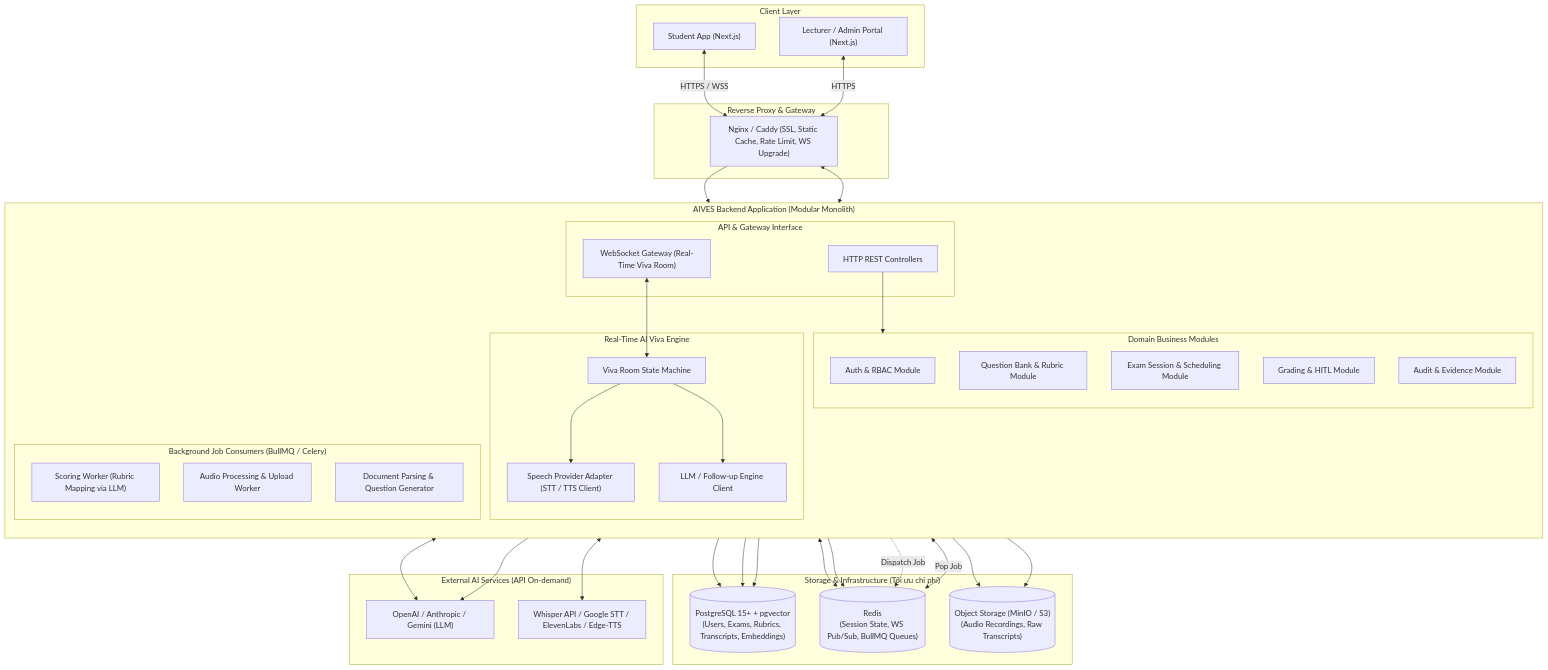
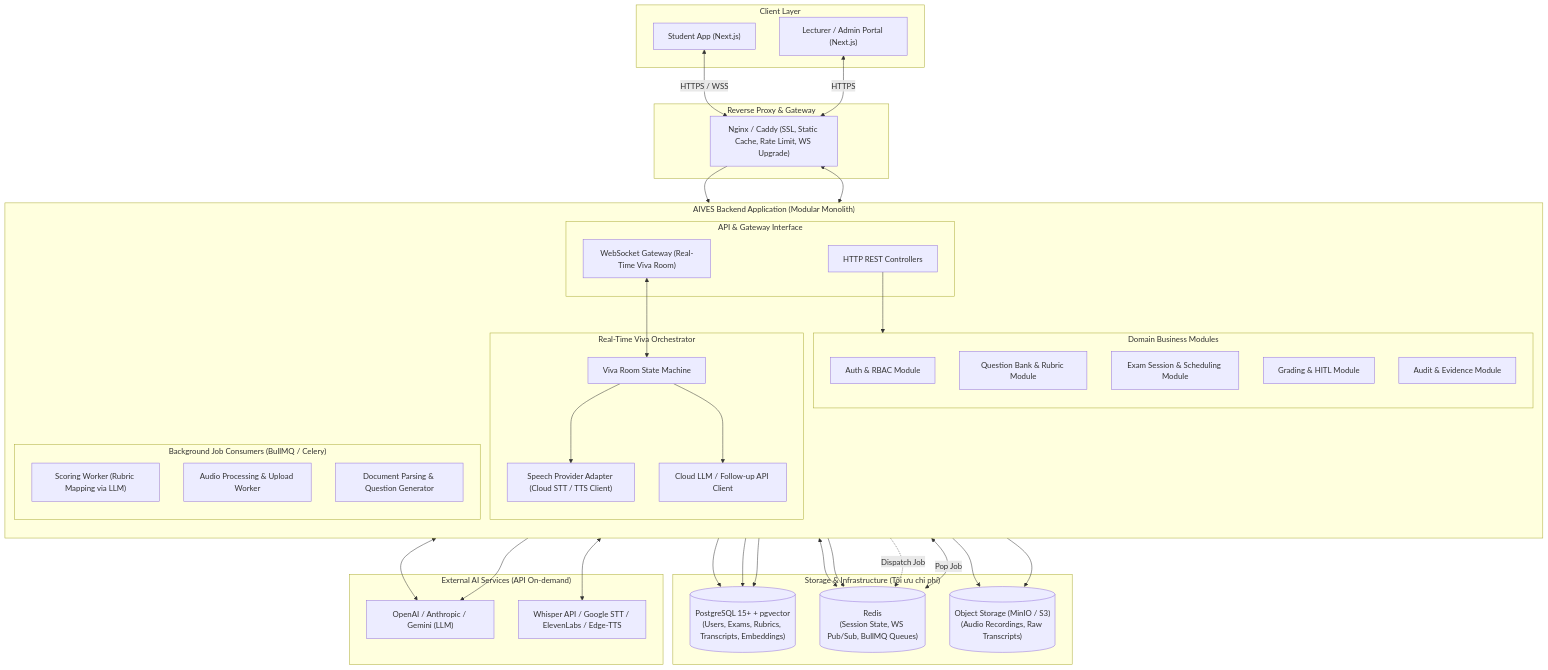
The second of 3 diagrams in document/02-architecture-design.md (SWD392-Group-4/AI-powered-Viva-Exam-System), drawn with Mermaid before and after one commit. The commit also changed other lines of this file and 6 other files, not shown here.

Commit message:
docs: add system architecture, business rules, workflows, and use-case diagram for AIVES

````diff
--- a/document/02-architecture-design.md
+++ b/document/02-architecture-design.md
@@ -55,77 +55,77 @@
 ```mermaid
 flowchart TB
     subgraph Clients["Client Layer"]
         STU["Student App (Next.js)"]
         LEC["Lecturer / Admin Portal (Next.js)"]
     end
 
     subgraph ReverseProxy["Reverse Proxy & Gateway"]
         NGINX["Nginx / Caddy (SSL, Static Cache, Rate Limit, WS Upgrade)"]
     end
 
     subgraph ModularMonolith["AIVES Backend Application (Modular Monolith)"]
         direction TB
 
         subgraph REST_WS["API & Gateway Interface"]
             API_ROUTER["HTTP REST Controllers"]
             WS_GATEWAY["WebSocket Gateway (Real-Time Viva Room)"]
         end
 
         subgraph CoreModules["Domain Business Modules"]
             AUTH_MOD["Auth & RBAC Module"]
             BANK_MOD["Question Bank & Rubric Module"]
             EXAM_MOD["Exam Session & Scheduling Module"]
             GRADE_MOD["Grading & HITL Module"]
             AUDIT_MOD["Audit & Evidence Module"]
         end
 
-        subgraph VivaOrch["Real-Time AI Viva Engine"]
+        subgraph VivaOrch["Real-Time Viva Orchestrator"]
             VIVA_FSM["Viva Room State Machine"]
-            SPEECH_ADAPTER["Speech Provider Adapter (STT / TTS Client)"]
-            AI_ADAPTER["LLM / Follow-up Engine Client"]
+            SPEECH_ADAPTER["Speech Provider Adapter (Cloud STT / TTS Client)"]
+            AI_ADAPTER["Cloud LLM / Follow-up API Client"]
         end
 
         subgraph BackgroundWorker["Background Job Consumers (BullMQ / Celery)"]
             SCORE_WORKER["Scoring Worker (Rubric Mapping via LLM)"]
             AUDIO_WORKER["Audio Processing & Upload Worker"]
             RAG_WORKER["Document Parsing & Question Generator"]
         end
     end
 
     subgraph Persistence["Storage & Infrastructure (Tối ưu chi phí)"]
         PG[("PostgreSQL 15+ + pgvector\n(Users, Exams, Rubrics, Transcripts, Embeddings)")]
         REDIS[("Redis\n(Session State, WS Pub/Sub, BullMQ Queues)")]
         STORAGE[("Object Storage (MinIO / S3)\n(Audio Recordings, Raw Transcripts)")]
     end
 
     subgraph ExternalAI["External AI Services (API On-demand)"]
         OPENAI["OpenAI / Anthropic / Gemini (LLM)"]
         SPEECH_API["Whisper API / Google STT / ElevenLabs / Edge-TTS"]
     end
 
     STU <-->|HTTPS / WSS| NGINX
     LEC <-->|HTTPS| NGINX
     NGINX --> API_ROUTER
     NGINX <--> WS_GATEWAY
 
     API_ROUTER --> CoreModules
     WS_GATEWAY <--> VIVA_FSM
     VIVA_FSM <--> REDIS
     VIVA_FSM --> SPEECH_ADAPTER
     VIVA_FSM --> AI_ADAPTER
 
     SPEECH_ADAPTER <--> SPEECH_API
     AI_ADAPTER <--> OPENAI
 
     CoreModules --> PG
     CoreModules --> REDIS
     CoreModules -.->|Dispatch Job| REDIS
 
     BackgroundWorker <-->|Pop Job| REDIS
     SCORE_WORKER --> PG
     SCORE_WORKER --> OPENAI
     AUDIO_WORKER --> STORAGE
     RAG_WORKER --> PG
 
     AUDIT_MOD --> STORAGE
 ```
````
